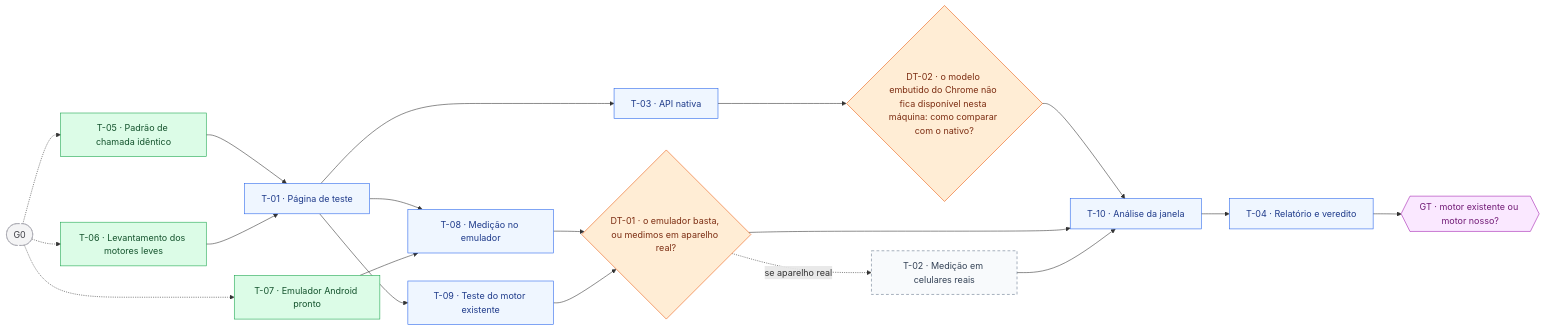
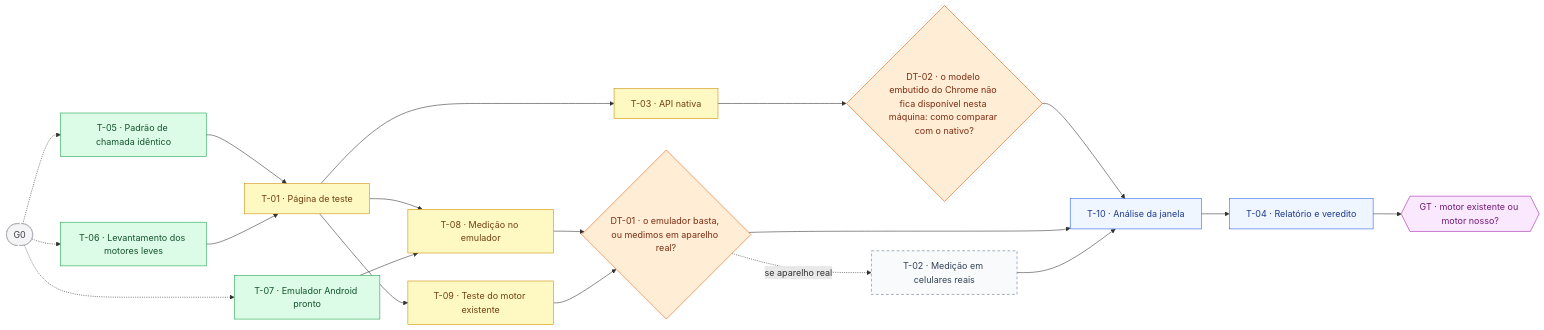
Before and after one commit to frederico-kluser/som-webcore: the third of 9 diagrams in ROADMAP.md, drawn with Mermaid. The commit also changed other lines of this file and 45 other files, not shown here.

First line of the commit message:
feat(spike): página de teste do marco T e referência (#11)

````diff
--- a/ROADMAP.md
+++ b/ROADMAP.md
@@ -329,43 +329,43 @@
 ```mermaid
 flowchart LR
     G0(["G0"]):::ext
     T05["T-05 · Padrão de chamada idêntico"]:::done
     T06["T-06 · Levantamento dos motores leves"]:::done
     T07["T-07 · Emulador Android pronto"]:::done
-    T01["T-01 · Página de teste"]:::todo
-    T08["T-08 · Medição no emulador"]:::todo
-    T09["T-09 · Teste do motor existente"]:::todo
-    T03["T-03 · API nativa"]:::todo
+    T01["T-01 · Página de teste"]:::doing
+    T08["T-08 · Medição no emulador"]:::doing
+    T09["T-09 · Teste do motor existente"]:::doing
+    T03["T-03 · API nativa"]:::doing
     DT01{"DT-01 · o emulador basta, ou medimos em aparelho real?"}:::fork
     DT02{"DT-02 · o modelo embutido do Chrome não fica disponível nesta máquina: como comparar com o nativo?"}:::fork
     T02["T-02 · Medição em celulares reais"]:::opt
     T10["T-10 · Análise da janela"]:::todo
     T04["T-04 · Relatório e veredito"]:::todo
     GT{{"GT · motor existente ou motor nosso?"}}:::gate
     G0 -.-> T05
     G0 -.-> T06
     G0 -.-> T07
     T05 --> T01
     T06 --> T01
     T01 --> T08
     T07 --> T08
     T01 --> T09
     T01 --> T03
     T08 --> DT01
     T09 --> DT01
     T03 --> DT02
     DT01 -.->|"se aparelho real"| T02
     DT02 --> T10
     DT01 --> T10
     T02 --> T10
     T10 --> T04
     T04 --> GT
     classDef done fill:#dcfce7,stroke:#16a34a,color:#14532d;
     classDef doing fill:#fef9c3,stroke:#ca8a04,color:#713f12;
     classDef todo fill:#eff6ff,stroke:#2563eb,color:#1e3a8a;
     classDef gate fill:#fae8ff,stroke:#a21caf,color:#701a75;
     classDef fork fill:#ffedd5,stroke:#ea580c,color:#7c2d12;
     classDef opt fill:#f8fafc,stroke:#64748b,color:#334155,stroke-dasharray: 5 4;
     classDef off fill:#f4f4f5,stroke:#d4d4d8,color:#a1a1aa;
     classDef ext fill:#f4f4f5,stroke:#a1a1aa,color:#3f3f46,stroke-dasharray: 4 3;
 ```
````
